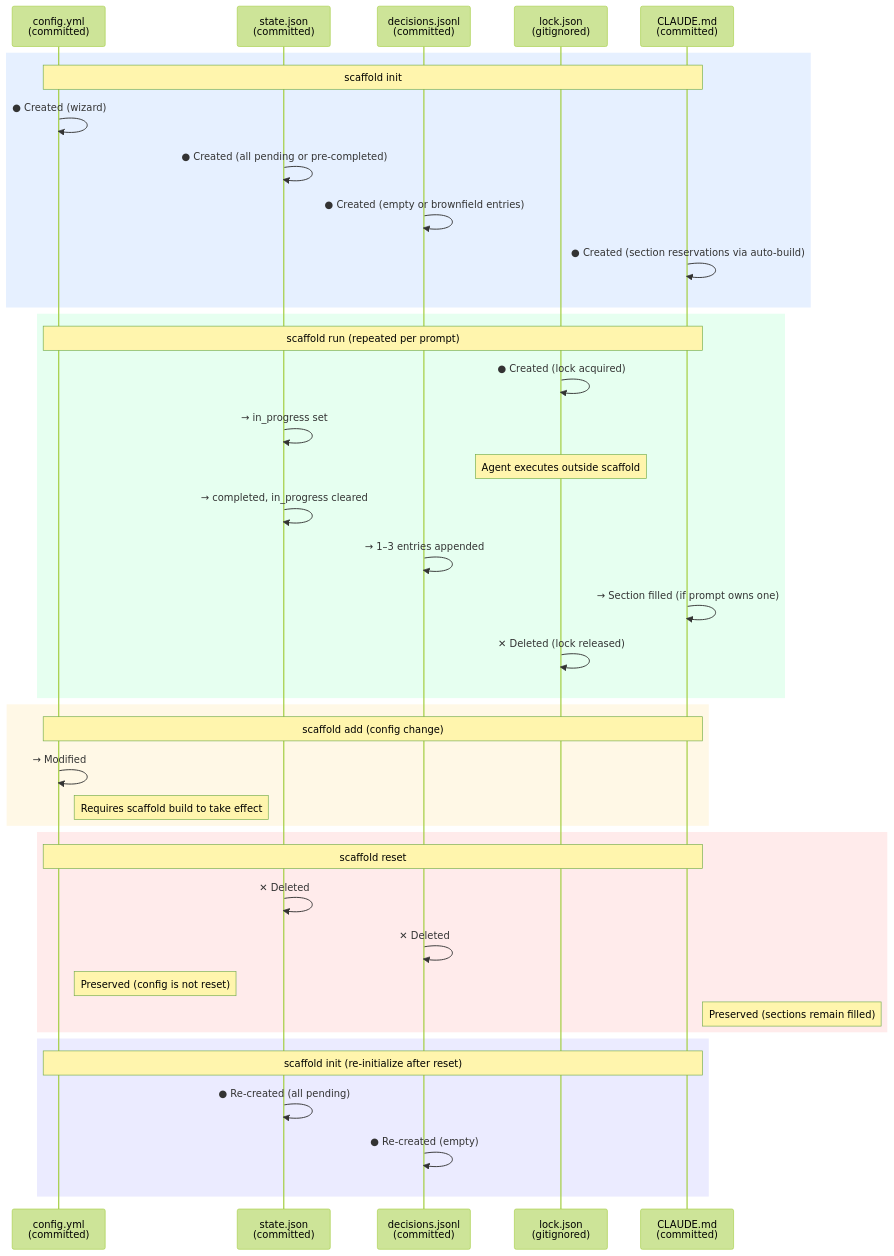
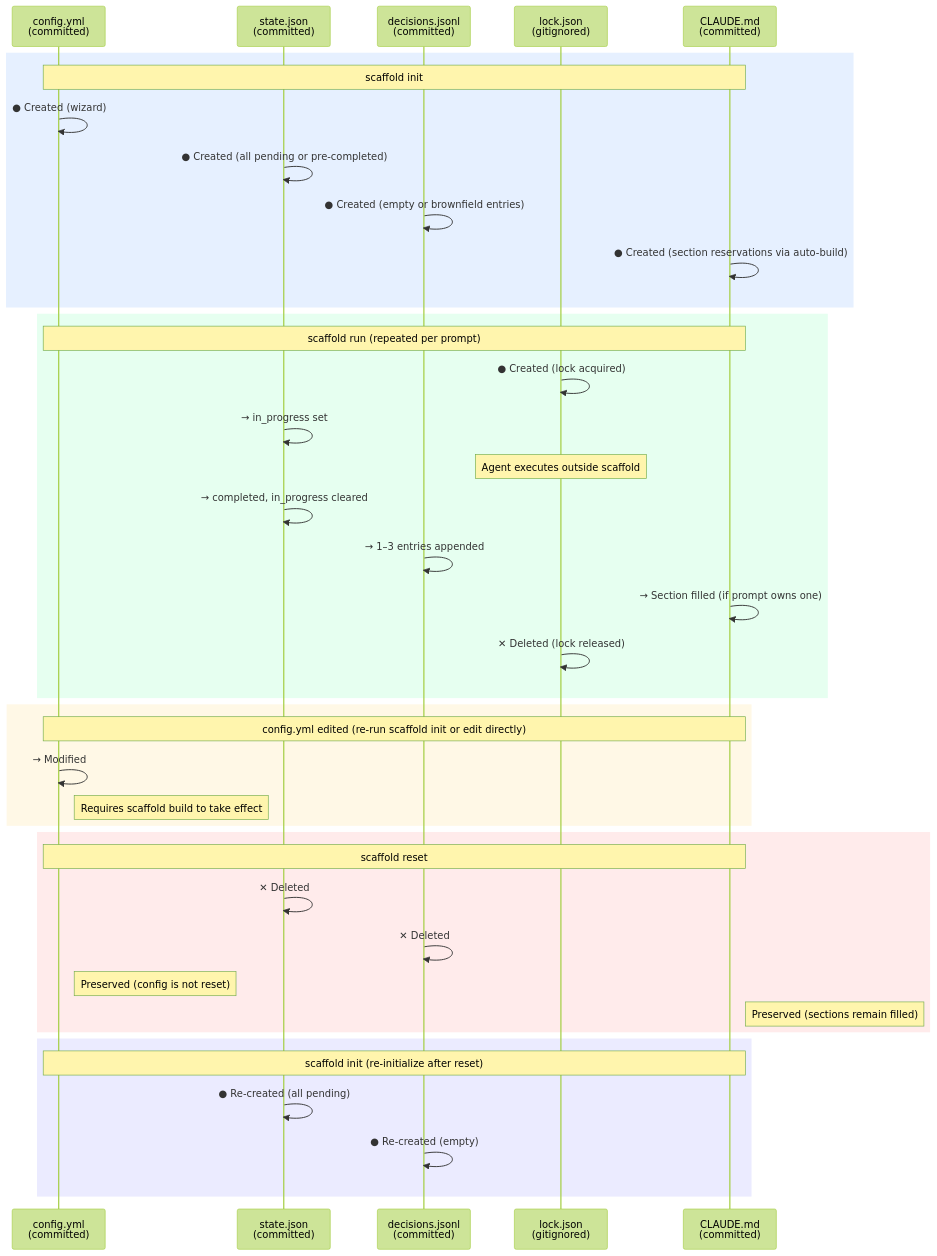
One commit to zigrivers/scaffold changed the sixth of 10 diagrams in docs/v2/architecture/system-architecture.md. Above: the diagram before and after it, drawn with Mermaid (forest theme). The commit also changed other lines of this file and 12 other files, not shown here.

````diff
--- a/docs/v2/architecture/system-architecture.md
+++ b/docs/v2/architecture/system-architecture.md
@@ -899,47 +899,47 @@
 ```mermaid
 sequenceDiagram
     participant CF as config.yml<br/>(committed)
     participant ST as state.json<br/>(committed)
     participant DJ as decisions.jsonl<br/>(committed)
     participant LK as lock.json<br/>(gitignored)
     participant CM as CLAUDE.md<br/>(committed)
 
     rect rgb(230, 240, 255)
     Note over CF,CM: scaffold init
     CF->>CF: ● Created (wizard)
     ST->>ST: ● Created (all pending or pre-completed)
     DJ->>DJ: ● Created (empty or brownfield entries)
     CM->>CM: ● Created (section reservations via auto-build)
     end
 
     rect rgb(230, 255, 240)
     Note over CF,CM: scaffold run (repeated per prompt)
     LK->>LK: ● Created (lock acquired)
     ST->>ST: → in_progress set
     Note over LK: Agent executes outside scaffold
     ST->>ST: → completed, in_progress cleared
     DJ->>DJ: → 1–3 entries appended
     CM->>CM: → Section filled (if prompt owns one)
     LK->>LK: ✕ Deleted (lock released)
     end
 
     rect rgb(255, 248, 230)
-    Note over CF,CM: scaffold add (config change)
+    Note over CF,CM: config.yml edited (re-run scaffold init or edit directly)
     CF->>CF: → Modified
     Note right of CF: Requires scaffold build to take effect
     end
 
     rect rgb(255, 235, 235)
     Note over CF,CM: scaffold reset
     ST->>ST: ✕ Deleted
     DJ->>DJ: ✕ Deleted
     Note right of CF: Preserved (config is not reset)
     Note right of CM: Preserved (sections remain filled)
     end
 
     rect rgb(235, 235, 255)
     Note over CF,CM: scaffold init (re-initialize after reset)
     ST->>ST: ● Re-created (all pending)
     DJ->>DJ: ● Re-created (empty)
     end
 ```
````
